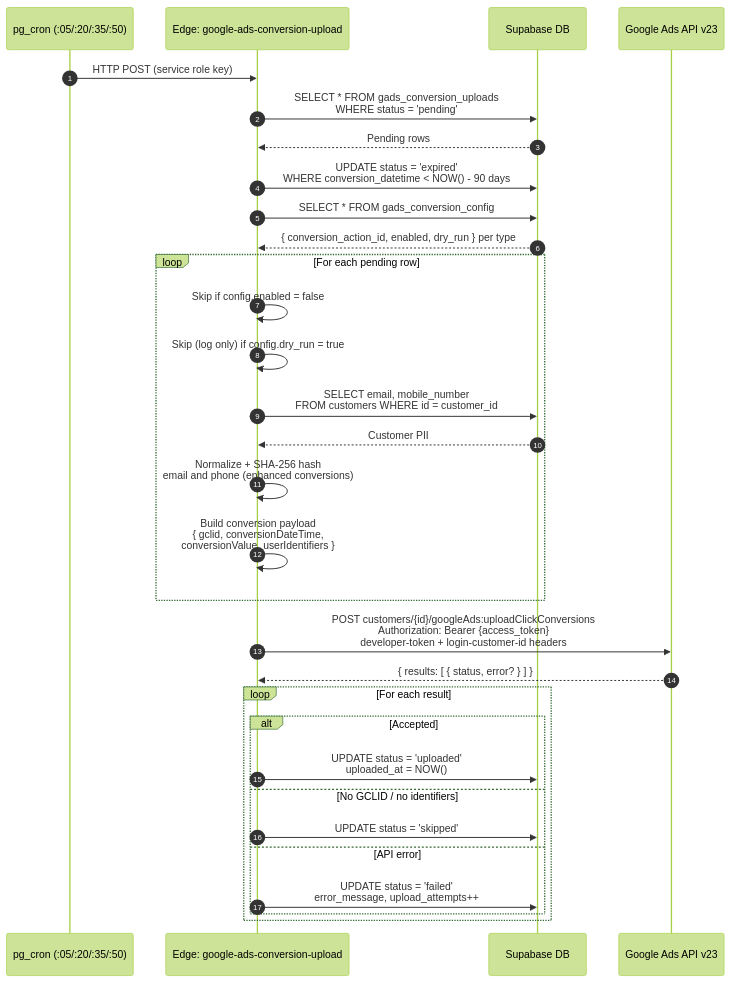
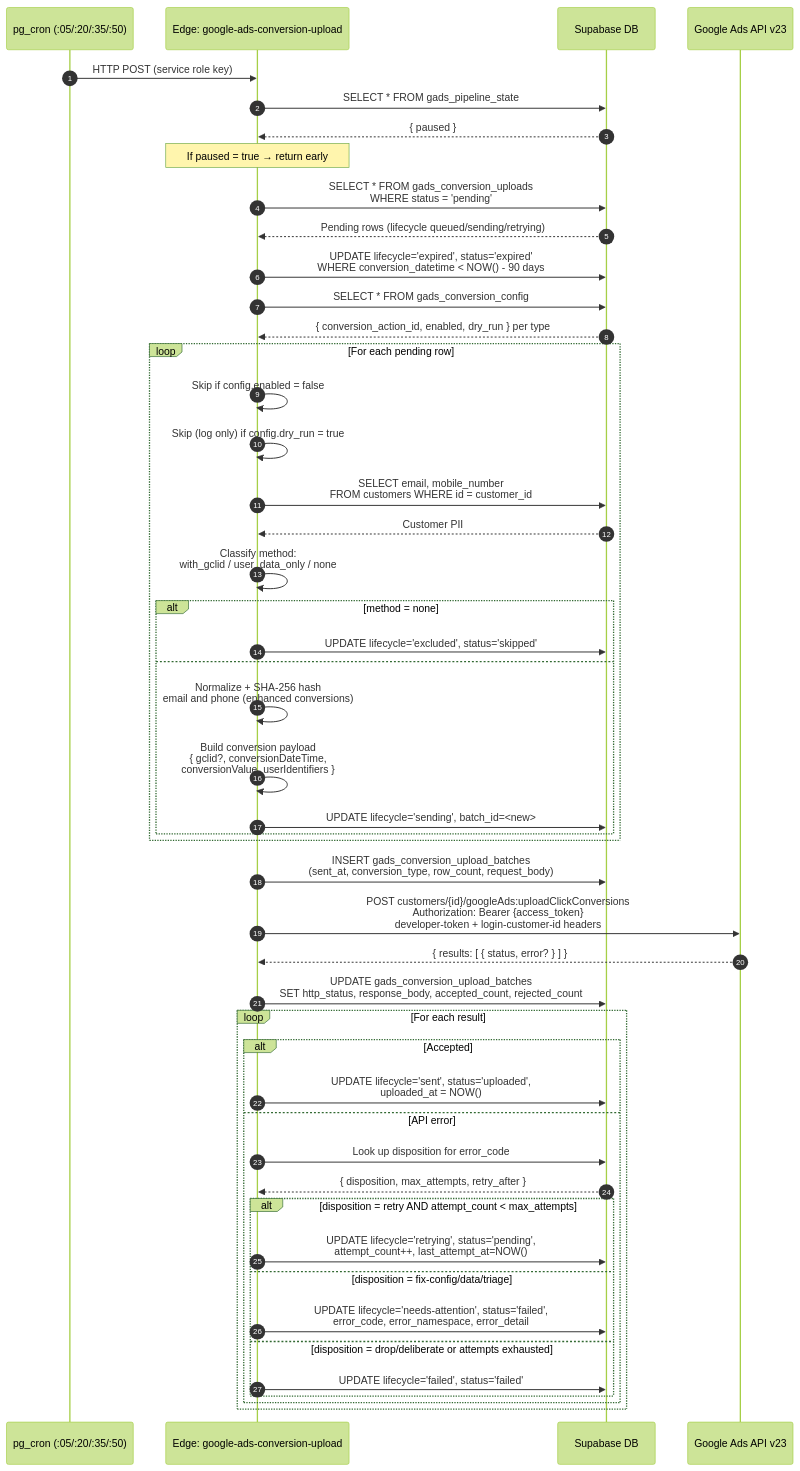
One commit to Appassion-Dev/onyx-architecture changed the fourth of 4 diagrams in specs/full-stack-architecture/spec.md. Above: the diagram before and after it, drawn with Mermaid (forest theme). The commit also changed other lines of this file and 13 other files, not shown here.

````diff
--- a/specs/full-stack-architecture/spec.md
+++ b/specs/full-stack-architecture/spec.md
@@ -151,40 +151,58 @@
 ```mermaid
 sequenceDiagram
     autonumber
     participant CRON as pg_cron (:05/:20/:35/:50)
     participant FN as Edge: google-ads-conversion-upload
     participant DB as Supabase DB
     participant GA as Google Ads API v23
 
     CRON->>FN: HTTP POST (service role key)
 
+    FN->>DB: SELECT * FROM gads_pipeline_state
+    DB-->>FN: { paused }
+    Note over FN: If paused = true → return early
+
     FN->>DB: SELECT * FROM gads_conversion_uploads<br/>WHERE status = 'pending'
-    DB-->>FN: Pending rows
+    DB-->>FN: Pending rows (lifecycle queued/sending/retrying)
 
-    FN->>DB: UPDATE status = 'expired'<br/>WHERE conversion_datetime < NOW() - 90 days
-    
+    FN->>DB: UPDATE lifecycle='expired', status='expired'<br/>WHERE conversion_datetime < NOW() - 90 days
+
     FN->>DB: SELECT * FROM gads_conversion_config
     DB-->>FN: { conversion_action_id, enabled, dry_run } per type
 
     loop For each pending row
         FN->>FN: Skip if config.enabled = false
         FN->>FN: Skip (log only) if config.dry_run = true
         FN->>DB: SELECT email, mobile_number<br/>FROM customers WHERE id = customer_id
         DB-->>FN: Customer PII
-        FN->>FN: Normalize + SHA-256 hash<br/>email and phone (enhanced conversions)
-        FN->>FN: Build conversion payload<br/>{ gclid, conversionDateTime,<br/>conversionValue, userIdentifiers }
+        FN->>FN: Classify method:<br/>with_gclid / user_data_only / none
+        alt method = none
+            FN->>DB: UPDATE lifecycle='excluded', status='skipped'
+        else
+            FN->>FN: Normalize + SHA-256 hash<br/>email and phone (enhanced conversions)
+            FN->>FN: Build conversion payload<br/>{ gclid?, conversionDateTime,<br/>conversionValue, userIdentifiers }
+            FN->>DB: UPDATE lifecycle='sending', batch_id=<new>
+        end
     end
 
+    FN->>DB: INSERT gads_conversion_upload_batches<br/>(sent_at, conversion_type, row_count, request_body)
     FN->>GA: POST customers/{id}/googleAds:uploadClickConversions<br/>Authorization: Bearer {access_token}<br/>developer-token + login-customer-id headers
     GA-->>FN: { results: [ { status, error? } ] }
+    FN->>DB: UPDATE gads_conversion_upload_batches<br/>SET http_status, response_body, accepted_count, rejected_count
 
     loop For each result
         alt Accepted
-            FN->>DB: UPDATE status = 'uploaded'<br/>uploaded_at = NOW()
-        else No GCLID / no identifiers
-            FN->>DB: UPDATE status = 'skipped'
+            FN->>DB: UPDATE lifecycle='sent', status='uploaded',<br/>uploaded_at = NOW()
         else API error
-            FN->>DB: UPDATE status = 'failed'<br/>error_message, upload_attempts++
+            FN->>DB: Look up disposition for error_code
+            DB-->>FN: { disposition, max_attempts, retry_after }
+            alt disposition = retry AND attempt_count < max_attempts
+                FN->>DB: UPDATE lifecycle='retrying', status='pending',<br/>attempt_count++, last_attempt_at=NOW()
+            else disposition = fix-config/data/triage
+                FN->>DB: UPDATE lifecycle='needs-attention', status='failed',<br/>error_code, error_namespace, error_detail
+            else disposition = drop/deliberate or attempts exhausted
+                FN->>DB: UPDATE lifecycle='failed', status='failed'
+            end
         end
     end
 ```
````
